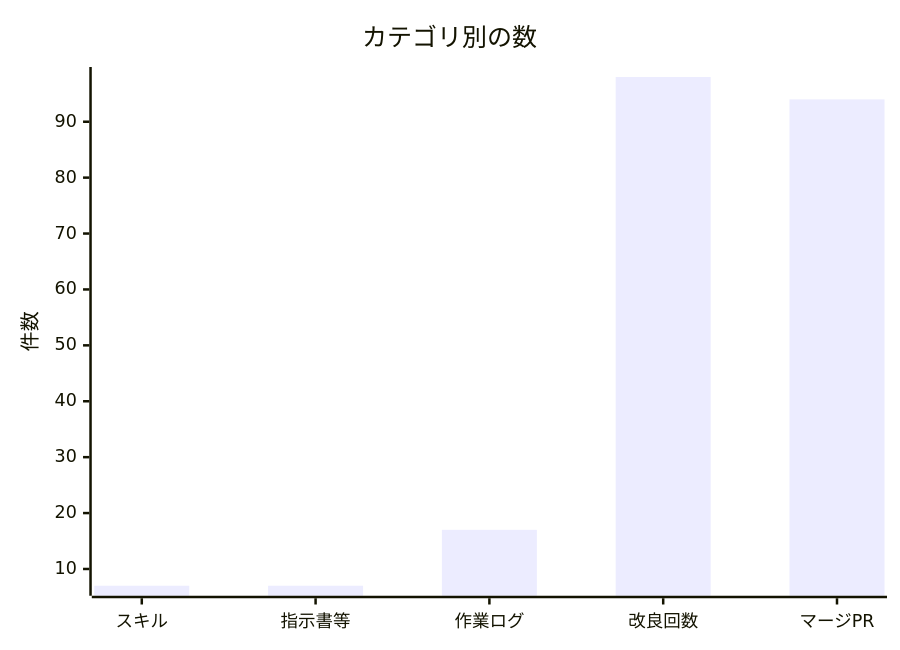
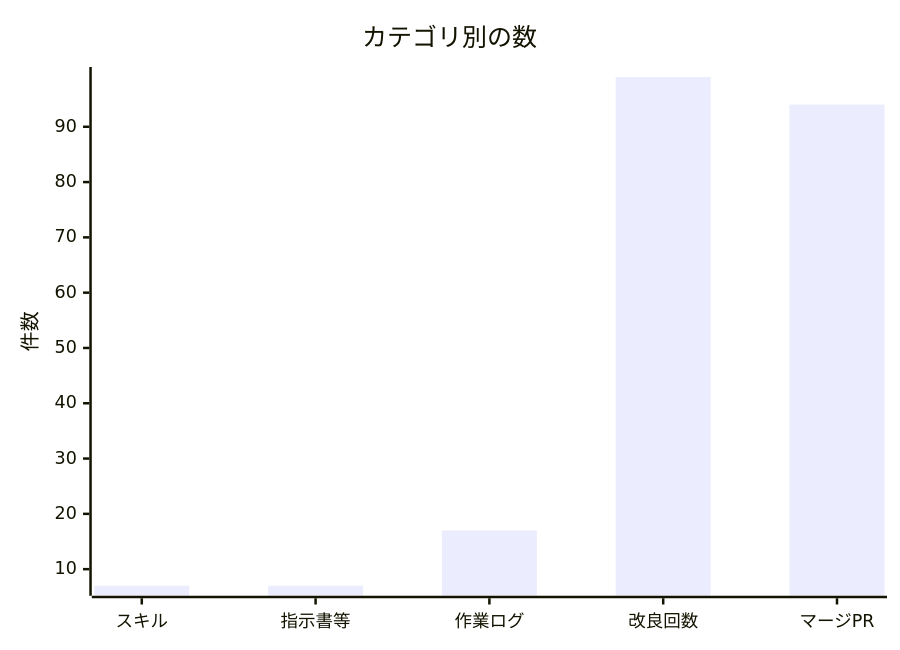
One commit to non-x2/non-x2 changed the second of 2 diagrams in docs/進化レポート.md. Above: the diagram before and after it, drawn with Mermaid. The commit also changed other lines of this file and 2 other files, not shown here.

````diff
--- a/docs/進化レポート.md
+++ b/docs/進化レポート.md
@@ -33,7 +33,7 @@
 ```mermaid
 xychart-beta
     title "カテゴリ別の数"
     x-axis ["スキル", "指示書等", "作業ログ", "改良回数", "マージPR"]
     y-axis "件数"
-    bar [7, 7, 17, 98, 94]
+    bar [7, 7, 17, 99, 94]
 ```
````
